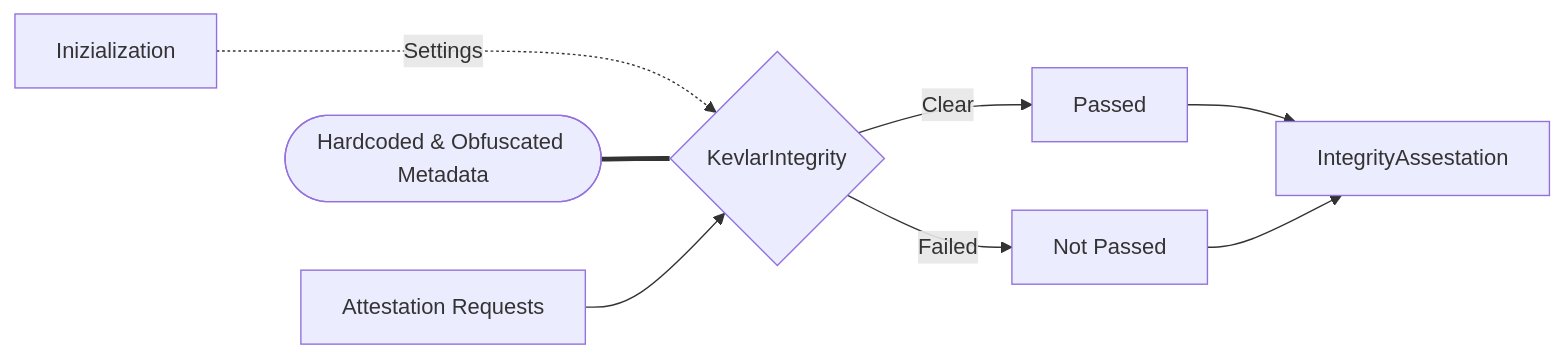
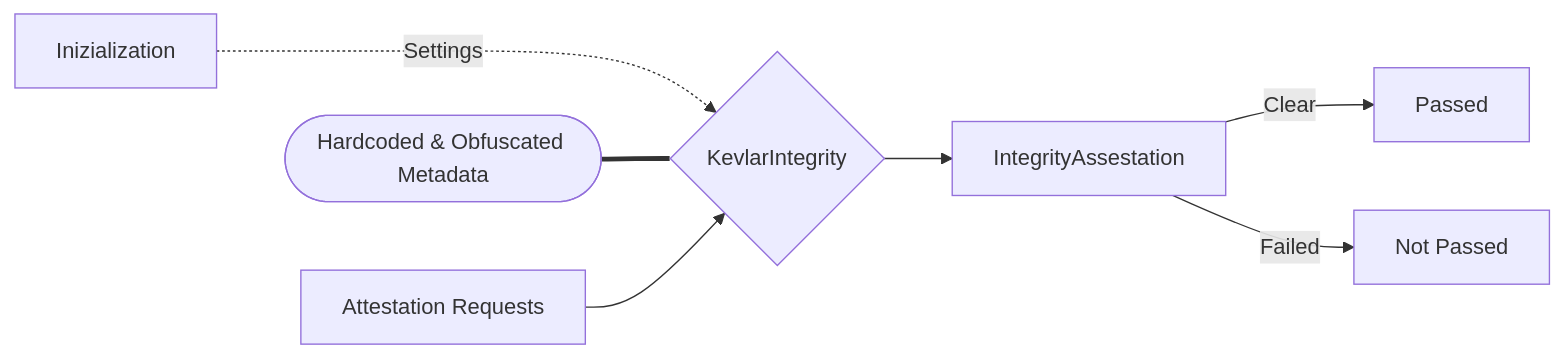
The diagram in docs/pages/modules/integrity/integrity.md (kevlar-kt/kevlar), drawn with Mermaid before and after one commit. The commit also changed other lines of this file and 9 other files, not shown here.

Commit message:
Docs update: added details, improved graphs and finished reference

````diff
--- a/docs/pages/modules/integrity/integrity.md
+++ b/docs/pages/modules/integrity/integrity.md
@@ -3,10 +3,9 @@
 ``` mermaid
 graph LR
   I[Inizialization] -.Settings..-> K{KevlarIntegrity};
   DB([Hardcoded & Obfuscated Metadata]) === K
   AR1[Attestation Requests] --> K
-  K --> |Clear| P[Passed];
-  K --> |Failed| NP[Not Passed];
-  P --> A[IntegrityAssestation]
-  NP --> A
+  A --> |Clear| P[Passed];
+  A --> |Failed| NP[Not Passed];
+  K --> A[IntegrityAssestation]
 ```
````
